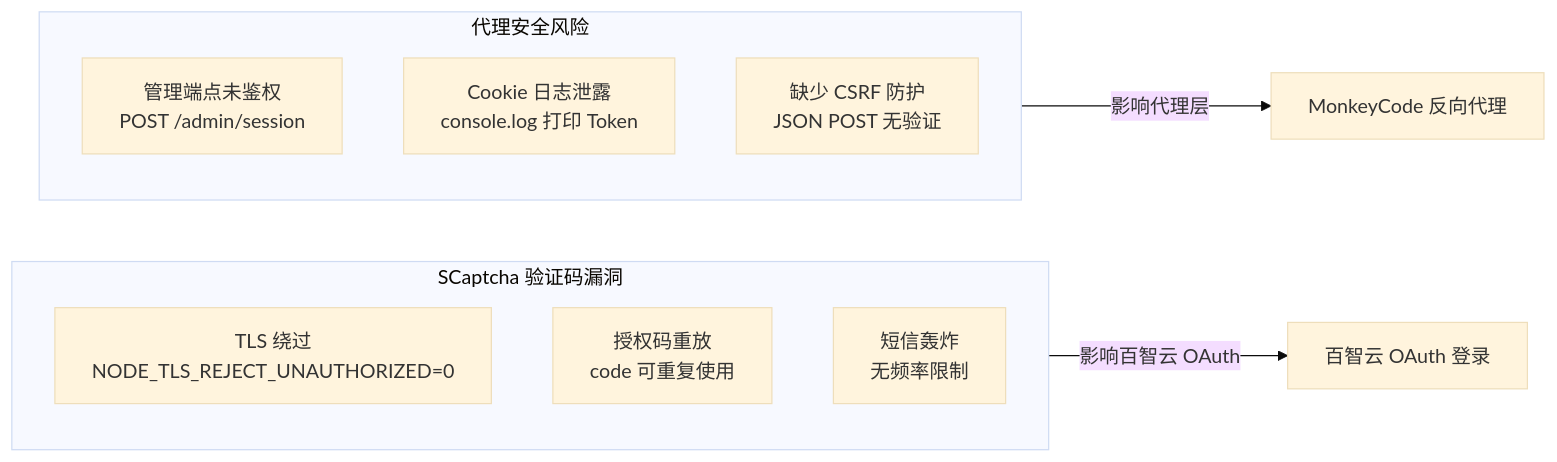
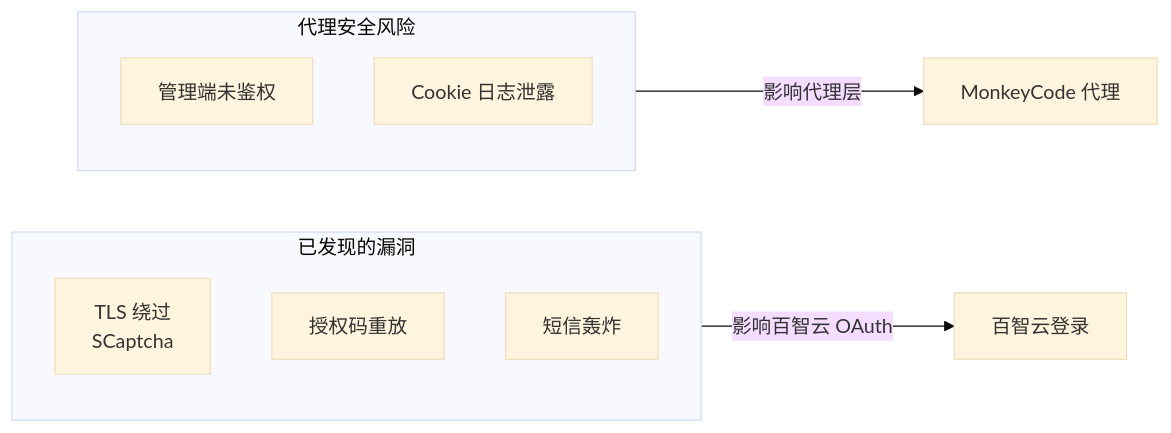
One commit to vibe-coding-labs/MonkeyCodeReverseEngineer changed the diagram in docs/09-security/README.md. Above: the diagram before and after it, drawn with Mermaid (base theme). The commit also changed other lines of this file and 11 other files, not shown here.

````diff
--- a/docs/09-security/README.md
+++ b/docs/09-security/README.md
@@ -20,17 +6,14 @@
 ```mermaid
 flowchart LR
-    subgraph SCaptcha["SCaptcha 验证码漏洞"]
-        TLS["TLS 绕过<br/>NODE_TLS_REJECT_UNAUTHORIZED=0"]
-        REPLAY["授权码重放<br/>code 可重复使用"]
-        SMS["短信轰炸<br/>无频率限制"]
+    subgraph Found["已发现的漏洞"]
+        TLS["TLS 绕过<br/>SCaptcha"]
+        REPLAY["授权码重放"]
+        SMS["短信轰炸"]
     end
-
-    subgraph Proxy["代理安全风险"]
-        A1["管理端点未鉴权<br/>POST /admin/session"]
-        A2["Cookie 日志泄露<br/>console.log 打印 Token"]
-        A3["缺少 CSRF 防护<br/>JSON POST 无验证"]
+    subgraph Risk["代理安全风险"]
+        A1["管理端未鉴权"]
+        A2["Cookie 日志泄露"]
     end
-
-    SCaptcha -->|影响百智云 OAuth| Baizhi["百智云 OAuth 登录"]
-    Proxy -->|影响代理层| MC["MonkeyCode 反向代理"]
+    Found -->|影响百智云 OAuth| BZ["百智云登录"]
+    Risk -->|影响代理层| Proxy["MonkeyCode 代理"]
 ```
````
